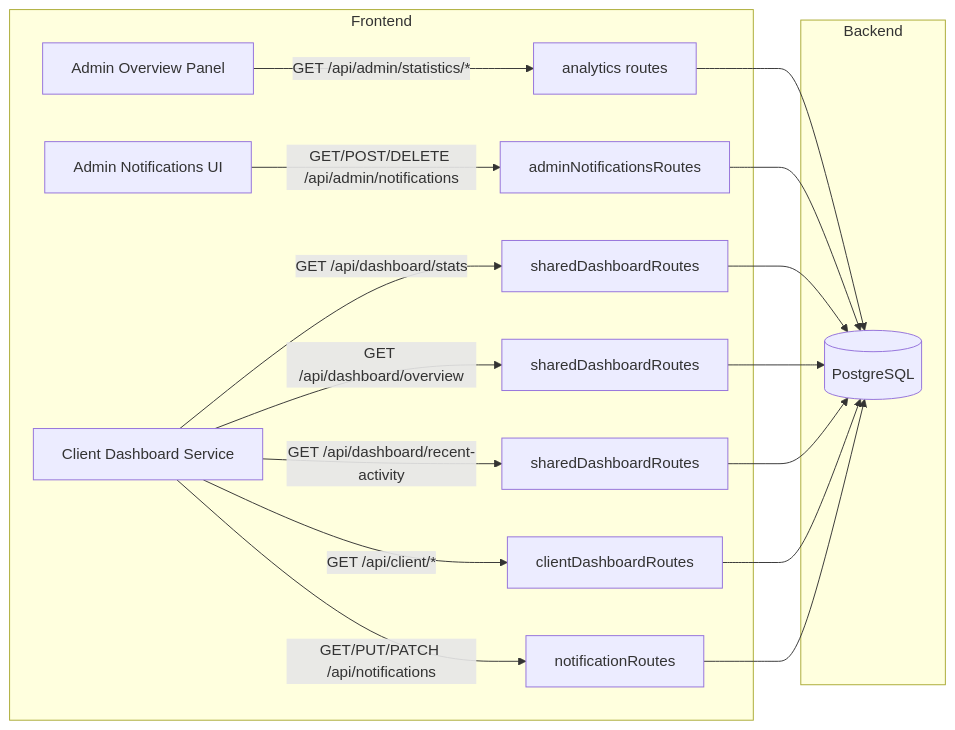
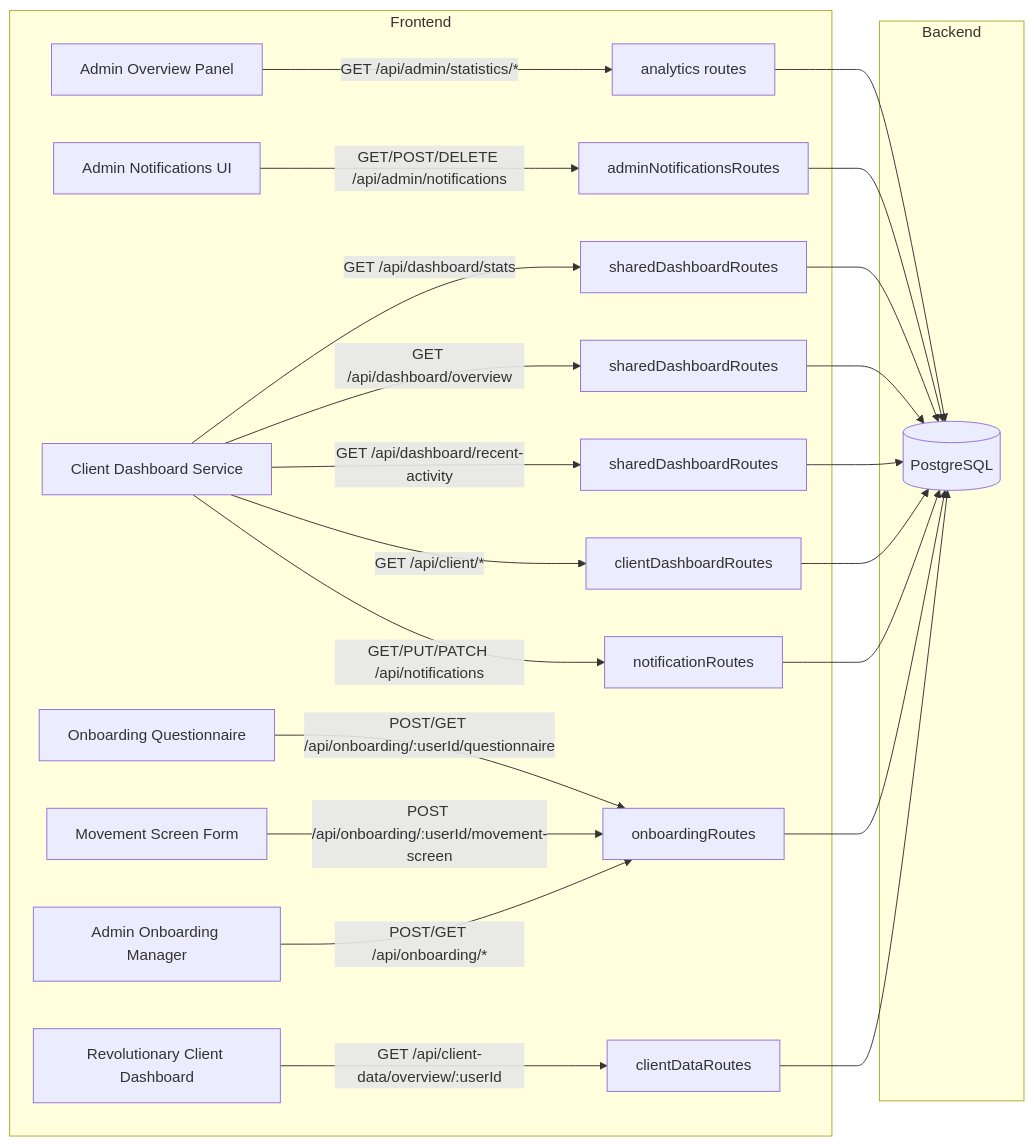
One commit to SeanSwan/-SS-PT-New changed the first of 5 diagrams in docs/ai-workflow/ADMIN-DASHBOARD-BACKEND-ARCHITECTURE.mermaid.md. Above: the diagram before and after it, drawn with Mermaid. The commit also changed other lines of this file and 80 other files, not shown here.

````diff
--- a/docs/ai-workflow/ADMIN-DASHBOARD-BACKEND-ARCHITECTURE.mermaid.md
+++ b/docs/ai-workflow/ADMIN-DASHBOARD-BACKEND-ARCHITECTURE.mermaid.md
@@ -32,22 +37,28 @@
 ```mermaid
 flowchart LR
   subgraph Frontend
     AO[Admin Overview Panel] -->|GET /api/admin/statistics/*| STATS
     AN[Admin Notifications UI] -->|GET/POST/DELETE /api/admin/notifications| NOTIFY_ADMIN
     CD[Client Dashboard Service] -->|GET /api/dashboard/stats| DASH_STATS
     CD -->|GET /api/dashboard/overview| DASH_OVERVIEW
     CD -->|GET /api/dashboard/recent-activity| DASH_ACTIVITY
     CD -->|GET /api/client/*| CLIENT_API
     CD -->|GET/PUT/PATCH /api/notifications| NOTIFY_USER
+    OQ[Onboarding Questionnaire] -->|POST/GET /api/onboarding/:userId/questionnaire| ONBOARDING
+    MS[Movement Screen Form] -->|POST /api/onboarding/:userId/movement-screen| ONBOARDING
+    RCD[Revolutionary Client Dashboard] -->|GET /api/client-data/overview/:userId| CLIENT_DATA
+    AOM[Admin Onboarding Manager] -->|POST/GET /api/onboarding/*| ONBOARDING
   end
 
   subgraph Backend
     STATS[analytics routes] --> DB[(PostgreSQL)]
     NOTIFY_ADMIN[adminNotificationsRoutes] --> DB
     DASH_STATS[sharedDashboardRoutes] --> DB
     DASH_OVERVIEW[sharedDashboardRoutes] --> DB
     DASH_ACTIVITY[sharedDashboardRoutes] --> DB
     CLIENT_API[clientDashboardRoutes] --> DB
     NOTIFY_USER[notificationRoutes] --> DB
+    ONBOARDING[onboardingRoutes] --> DB
+    CLIENT_DATA[clientDataRoutes] --> DB
   end
 ```
````
